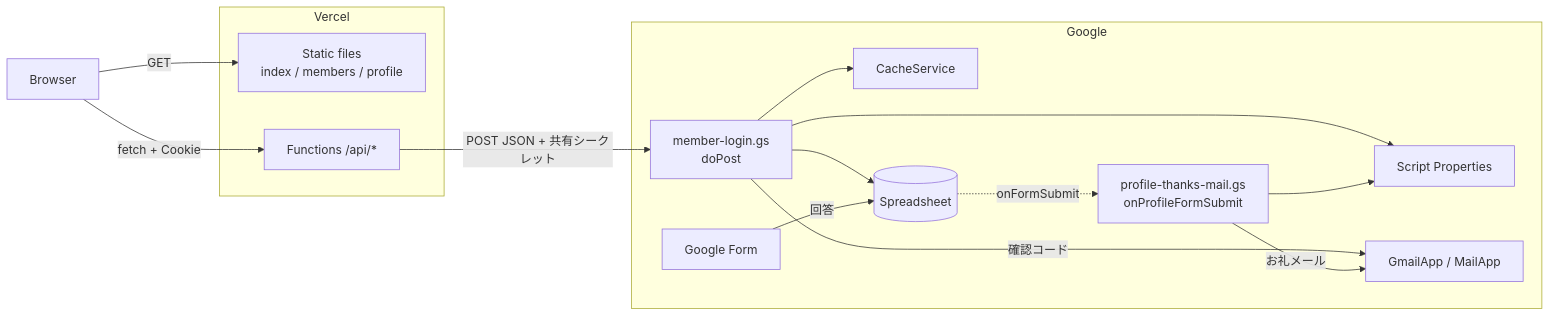
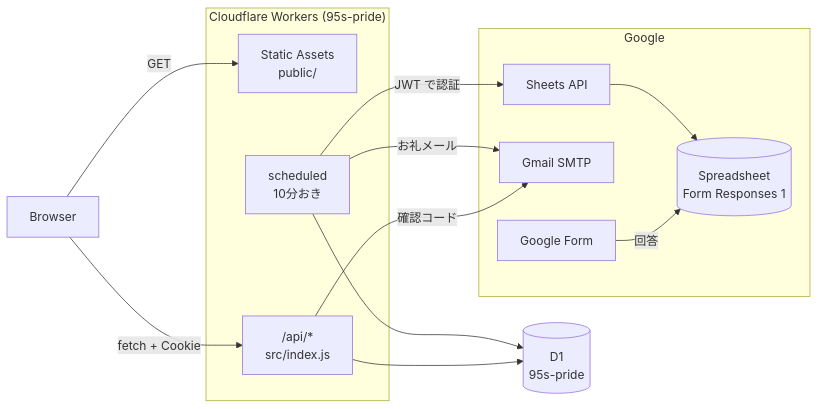
Before and after one commit to atsusagi111-dot/95s-pride: the first of 2 diagrams in アーキテクチャ/エンジニア向け.md, drawn with Mermaid. The commit also changed other lines of this file and 2 other files, not shown here.

````diff
--- a/アーキテクチャ/エンジニア向け.md
+++ b/アーキテクチャ/エンジニア向け.md
@@ -30,29 +35,26 @@
 ```mermaid
 flowchart LR
   B["Browser"]
-  subgraph Vercel
-    ST["Static files<br>index / members / profile"]
-    FN["Functions /api/*"]
+  subgraph CF["Cloudflare Workers (95s-pride)"]
+    AS["Static Assets<br>public/"]
+    API["/api/*<br>src/index.js"]
+    CR["scheduled<br>10分おき"]
   end
+  D1[("D1<br>95s-pride")]
   subgraph Google
-    GAS["member-login.gs<br>doPost"]
-    TR["profile-thanks-mail.gs<br>onProfileFormSubmit"]
-    CA["CacheService"]
-    PR["Script Properties"]
-    SH[("Spreadsheet")]
-    MA["GmailApp / MailApp"]
     FM["Google Form"]
+    SH[("Spreadsheet<br>Form Responses 1")]
+    SMTP["Gmail SMTP"]
+    SA["Sheets API"]
   end
 
-  B -->|"GET"| ST
-  B -->|"fetch + Cookie"| FN
-  FN -->|"POST JSON + 共有シークレット"| GAS
-  GAS --> SH
-  GAS --> CA
-  GAS --> PR
-  GAS -->|"確認コード"| MA
+  B -->|"GET"| AS
+  B -->|"fetch + Cookie"| API
+  API --> D1
+  API -->|"確認コード"| SMTP
   FM -->|"回答"| SH
-  SH -.->|"onFormSubmit"| TR
-  TR -->|"お礼メール"| MA
-  TR --> PR
+  CR -->|"JWT で認証"| SA
+  SA --> SH
+  CR --> D1
+  CR -->|"お礼メール"| SMTP
 ```
````
